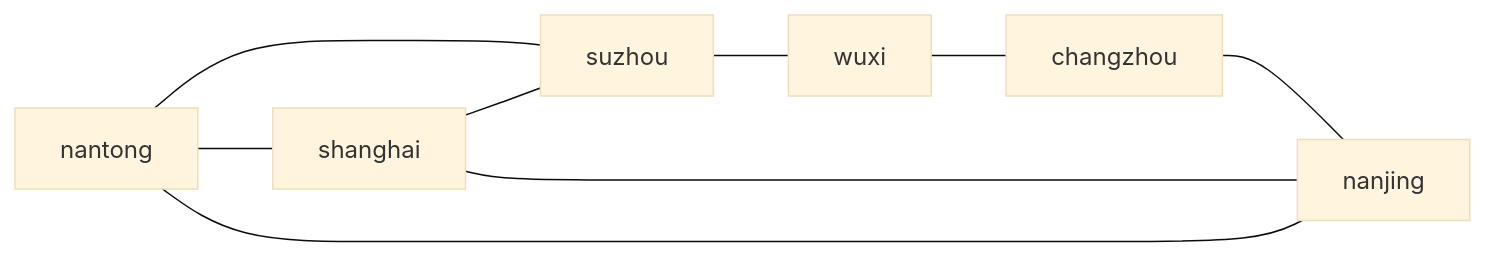
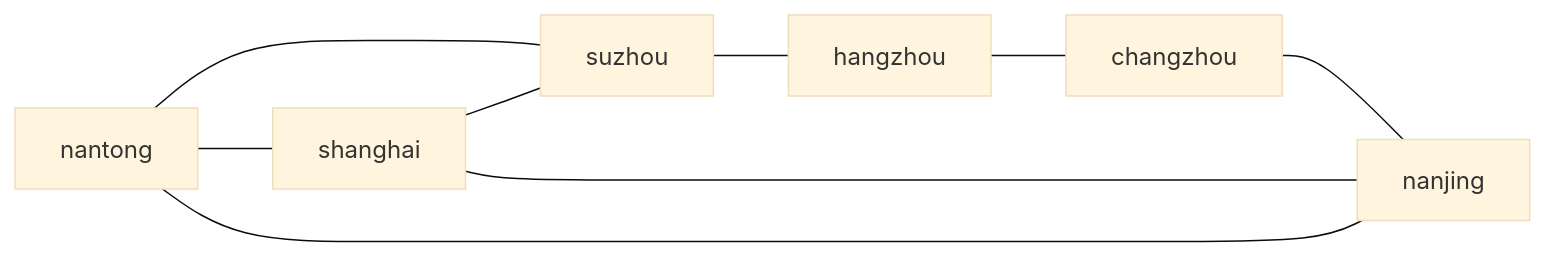
One commit to lamasaga/businessmatch-v1 changed the diagram in inspire/POP行为涌现与区域市场/08-长三角六城起步手册.md. Above: the diagram before and after it, drawn with Mermaid (base theme). The commit also changed other lines of this file and 143 other files, not shown here.

````diff
--- a/inspire/POP行为涌现与区域市场/08-长三角六城起步手册.md
+++ b/inspire/POP行为涌现与区域市场/08-长三角六城起步手册.md
@@ -43,17 +43,17 @@
 ```mermaid
 flowchart LR
   NT[nantong]
   SH[shanghai]
   SZ[suzhou]
-  WX[wuxi]
+  WX[hangzhou]
   CZ[changzhou]
   NJ[nanjing]
   NT --- SH
   NT --- SZ
   SH --- SZ
   SZ --- WX
   WX --- CZ
   CZ --- NJ
   SH --- NJ
   NT --- NJ
 ```
````
